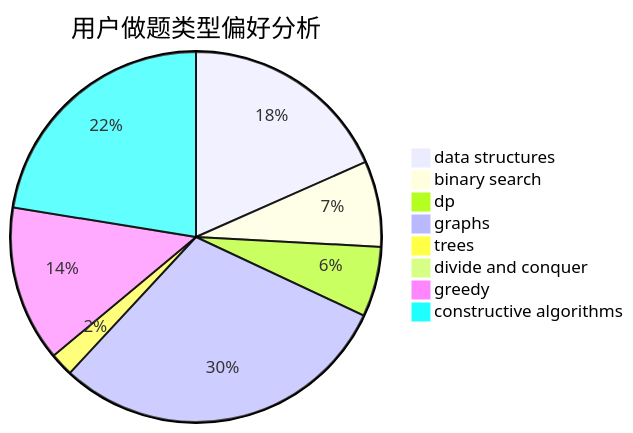
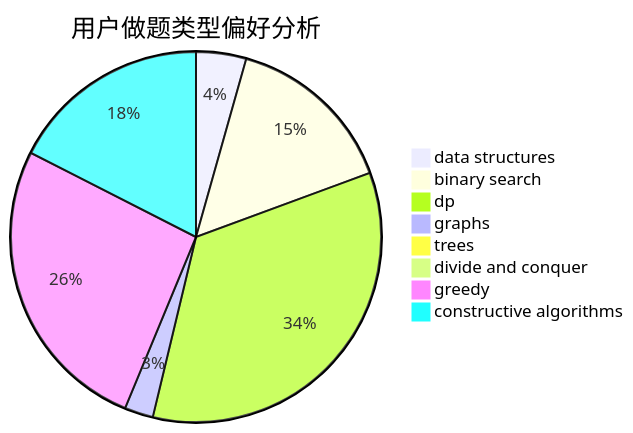
Before and after one commit to sherpahu/cfrs.github.io: the second of 3 diagrams in docs/user/u2255.md, drawn with Mermaid. The commit also changed other lines of this file and 2770 other files, not shown here.

````diff
--- a/docs/user/u2255.md
+++ b/docs/user/u2255.md
@@ -23,11 +23,11 @@
 ```mermaid
 pie title 用户做题类型偏好分析
-    "data structures" :  27
-    "binary search" :  11
-    "dp" :  9
-    "graphs" :  44
-    "trees" :  3
+    "data structures" :  7
+    "binary search" :  24
+    "dp" :  55
+    "graphs" :  4
+    "trees" :  0
     "divide and conquer" :  0
-    "greedy" :  20
-    "constructive algorithms" :  33
+    "greedy" :  42
+    "constructive algorithms" :  28
 ```
````
